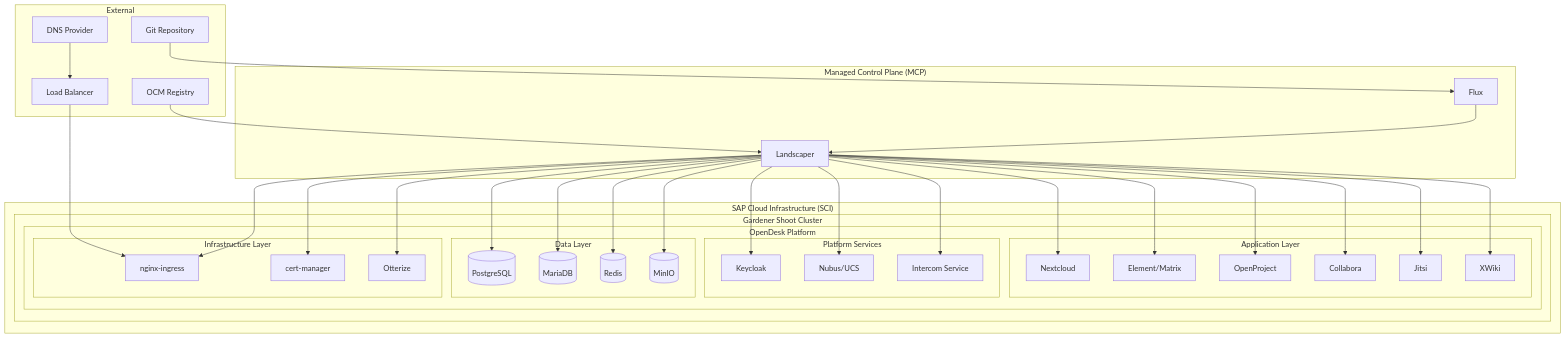
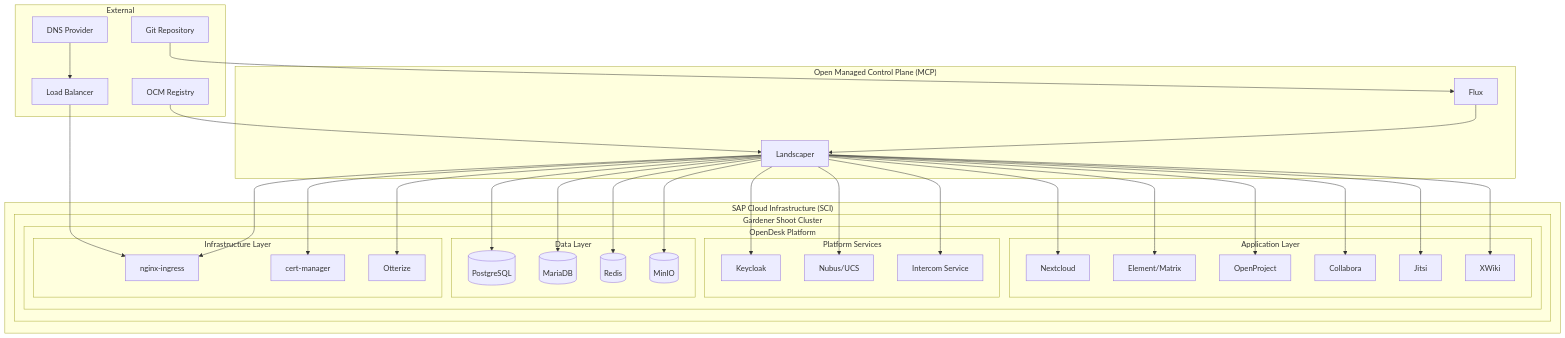
The first of 4 diagrams in README.md (platform-mesh/samples-opendesk-ocm-landscaper), drawn with Mermaid before and after one commit. The commit also changed other lines of this file, not shown here.

Commit message:
feat: OpenSourcing WIP

````diff
--- a/README.md
+++ b/README.md
@@ -52,72 +52,72 @@
 ```mermaid
 graph TB
     subgraph "SAP Cloud Infrastructure (SCI)"
         subgraph "Gardener Shoot Cluster"
             subgraph "OpenDesk Platform"
                 subgraph "Application Layer"
                     NC[Nextcloud]
                     EL[Element/Matrix]
                     OP[OpenProject]
                     CO[Collabora]
                     JI[Jitsi]
                     XW[XWiki]
                 end
                 
                 subgraph "Platform Services"
                     KC[Keycloak]
                     NB[Nubus/UCS]
                     IC[Intercom Service]
                 end
                 
                 subgraph "Data Layer"
                     PG[(PostgreSQL)]
                     MB[(MariaDB)]
                     RD[(Redis)]
                     MO[(MinIO)]
                 end
                 
                 subgraph "Infrastructure Layer"
                     NG[nginx-ingress]
                     CM[cert-manager]
                     OT[Otterize]
                 end
             end
         end
             
     end
-    subgraph "Managed Control Plane (MCP)"
+    subgraph "Open Managed Control Plane (MCP)"
         LS[Landscaper]
         FL[Flux]
         
     end
 
     subgraph "External"
         GR[Git Repository]
         DNS[DNS Provider]
         LB[Load Balancer]
         OCM[OCM Registry]
     end
     
     LS --> NG
     LS --> CM
     LS --> OT
     LS --> PG
     LS --> MB
     LS --> RD
     LS --> MO
     LS --> KC
     LS --> NB
     LS --> IC
     LS --> NC
     LS --> EL
     LS --> OP
     LS --> CO
     LS --> JI
     LS --> XW
     
     FL --> LS
     GR --> FL
     OCM --> LS
     DNS --> LB
     LB --> NG
 ```
````
